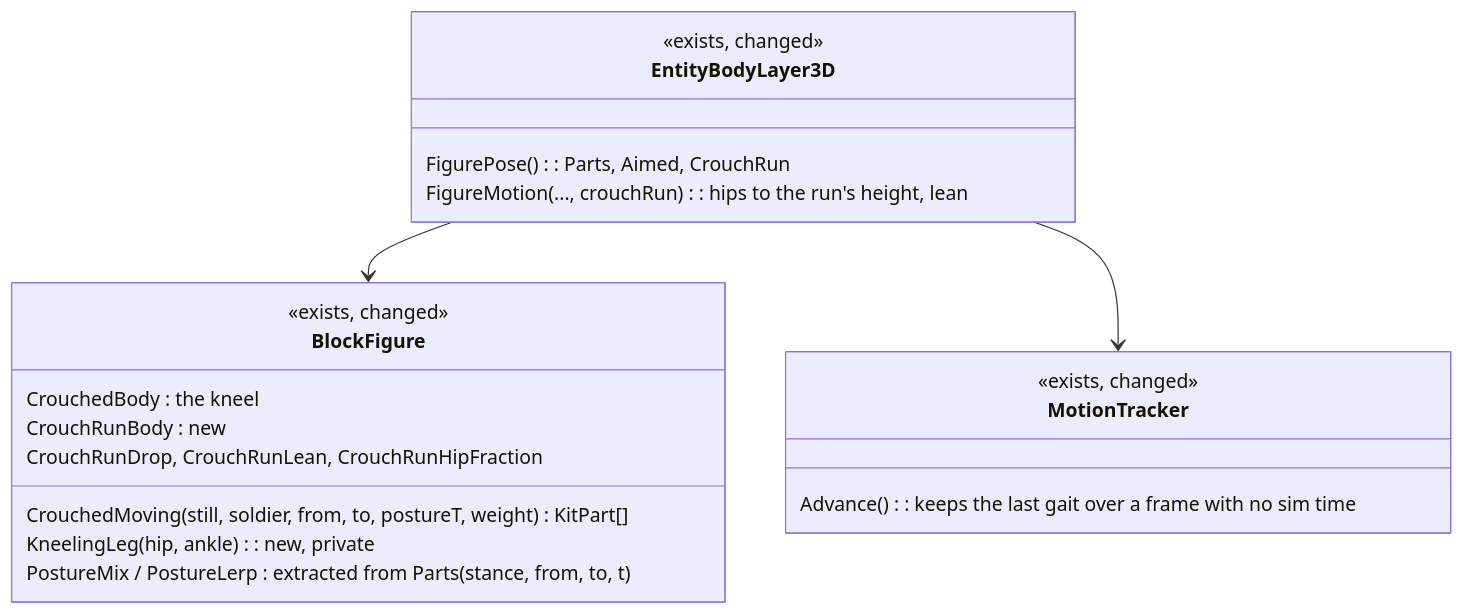
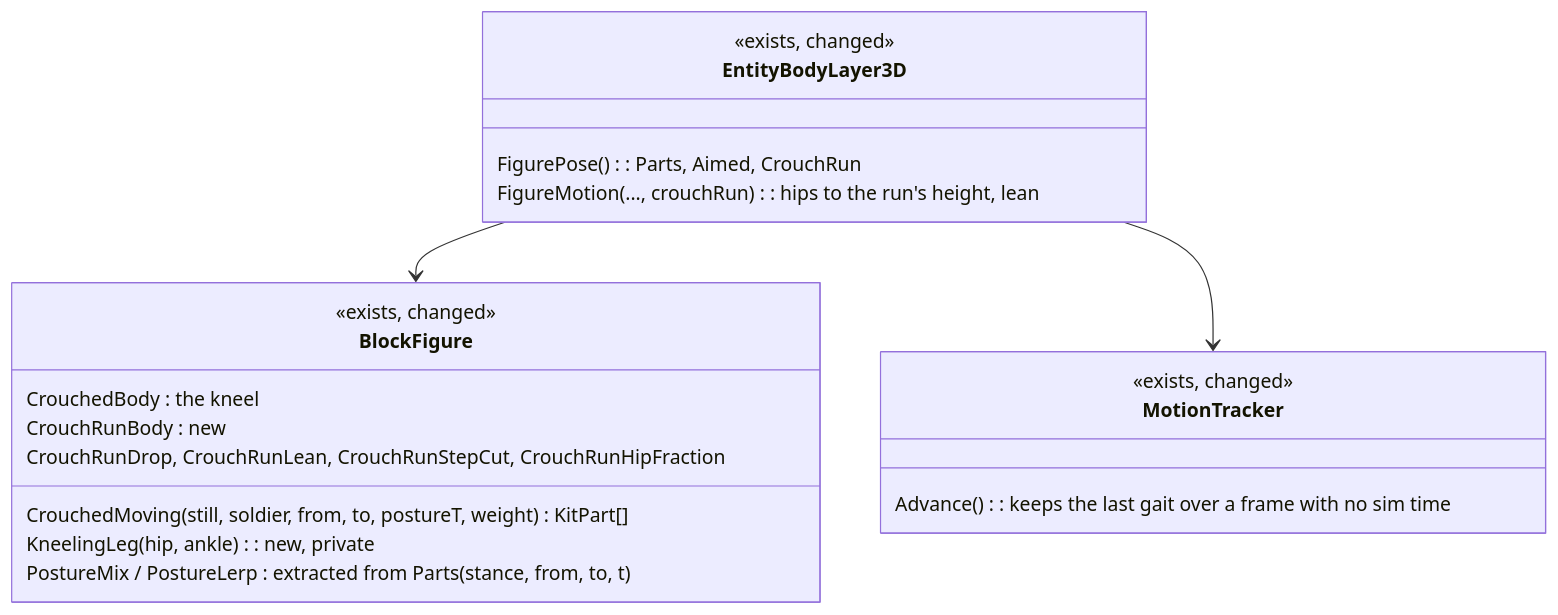
One commit to pjanec/HROT changed diagram 20 of 20 in docs/DESIGN_Map_3D_Mode.md. Above: the diagram before and after it, drawn with Mermaid. The commit also changed other lines of this file and 3 other files, not shown here.

````diff
--- a/docs/DESIGN_Map_3D_Mode.md
+++ b/docs/DESIGN_Map_3D_Mode.md
@@ -1220,23 +1220,23 @@
 ```mermaid
 classDiagram
   class BlockFigure {
     <<exists, changed>>
     CrouchedBody : the kneel
     CrouchRunBody : new
     CrouchedMoving(still, soldier, from, to, postureT, weight) KitPart[]
-    CrouchRunDrop, CrouchRunLean, CrouchRunHipFraction
+    CrouchRunDrop, CrouchRunLean, CrouchRunStepCut, CrouchRunHipFraction
     KneelingLeg(hip, ankle) : new, private
     PostureMix / PostureLerp : extracted from Parts(stance, from, to, t)
   }
   class EntityBodyLayer3D {
     <<exists, changed>>
     FigurePose() : Parts, Aimed, CrouchRun
     FigureMotion(..., crouchRun) : hips to the run's height, lean
   }
   class MotionTracker {
     <<exists, changed>>
     Advance() : keeps the last gait over a frame with no sim time
   }
   EntityBodyLayer3D --> BlockFigure
   EntityBodyLayer3D --> MotionTracker
 ```
````
